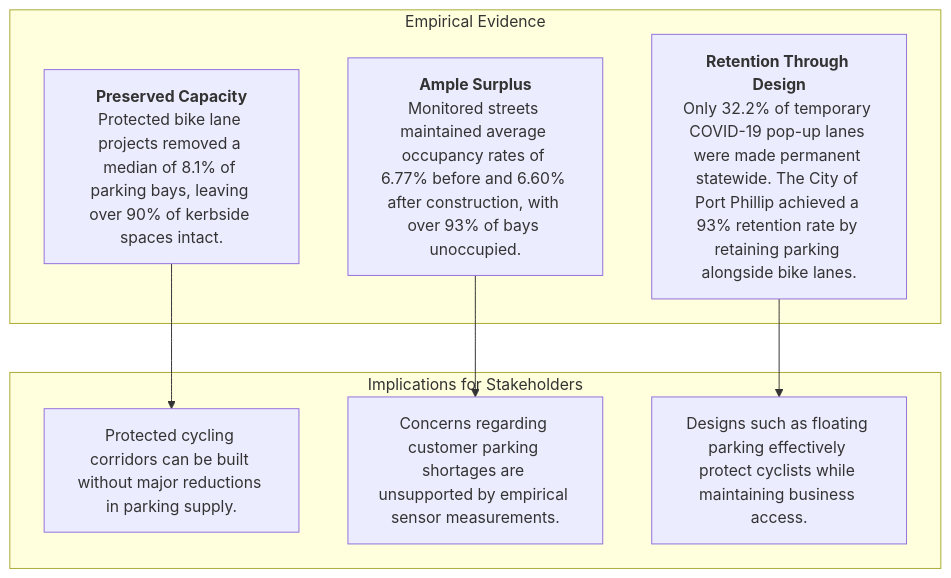
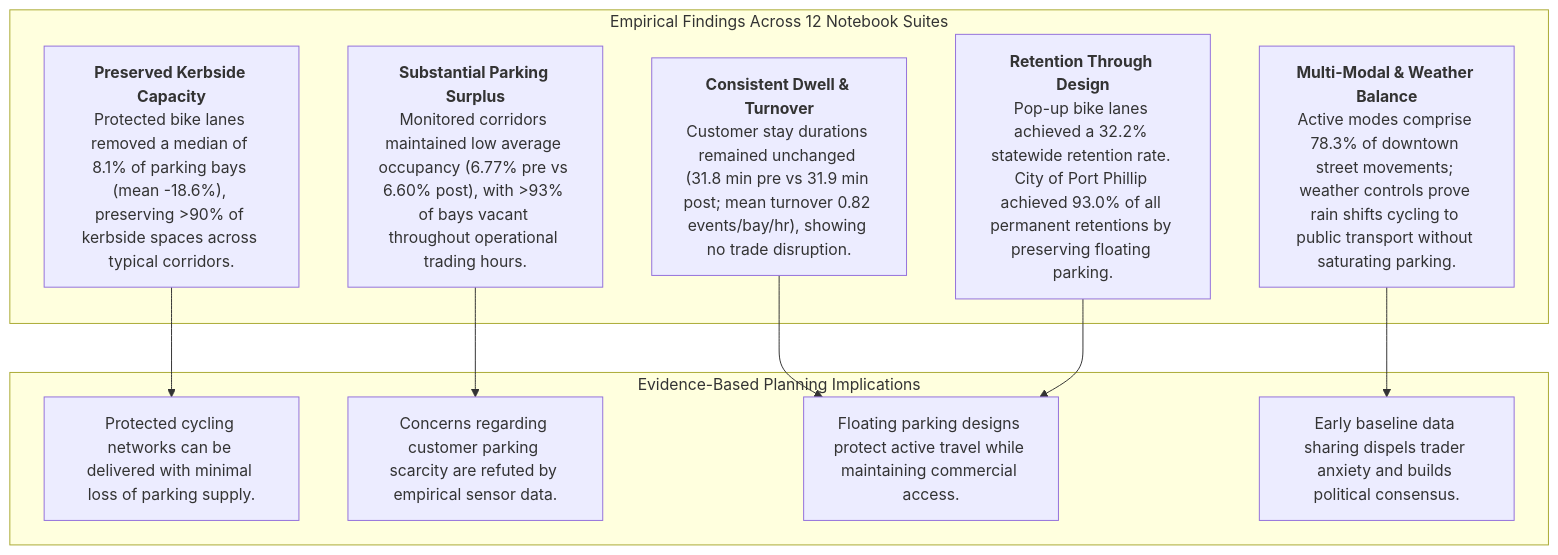
The first of 9 diagrams in team_b/PARKING_UTILISATION_INSIGHTS.md (rooien/urban-analysis), drawn with Mermaid before and after one commit. The commit also changed other lines of this file and 8 other files, not shown here.

````diff
--- a/team_b/PARKING_UTILISATION_INSIGHTS.md
+++ b/team_b/PARKING_UTILISATION_INSIGHTS.md
@@ -30,18 +32,23 @@
 ```mermaid
 flowchart TD
-    subgraph Findings ["Empirical Evidence"]
-        F1["<b>Preserved Capacity</b><br/>Protected bike lane projects removed a median of 8.1% of parking bays, leaving over 90% of kerbside spaces intact."]
-        F2["<b>Ample Surplus</b><br/>Monitored streets maintained average occupancy rates of 6.77% before and 6.60% after construction, with over 93% of bays unoccupied."]
-        F3["<b>Retention Through Design</b><br/>Only 32.2% of temporary COVID-19 pop-up lanes were made permanent statewide. The City of Port Phillip achieved a 93% retention rate by retaining parking alongside bike lanes."]
+    subgraph Findings ["Empirical Findings Across 12 Notebook Suites"]
+        F1["<b>Preserved Kerbside Capacity</b><br/>Protected bike lanes removed a median of 8.1% of parking bays (mean -18.6%), preserving >90% of kerbside spaces across typical corridors."]
+        F2["<b>Substantial Parking Surplus</b><br/>Monitored corridors maintained low average occupancy (6.77% pre vs 6.60% post), with >93% of bays vacant throughout operational trading hours."]
+        F3["<b>Consistent Dwell & Turnover</b><br/>Customer stay durations remained unchanged (31.8 min pre vs 31.9 min post; mean turnover 0.82 events/bay/hr), showing no trade disruption."]
+        F4["<b>Retention Through Design</b><br/>Pop-up bike lanes achieved a 32.2% statewide retention rate. City of Port Phillip achieved 93.0% of all permanent retentions by preserving floating parking."]
+        F5["<b>Multi-Modal & Weather Balance</b><br/>Active modes comprise 78.3% of downtown street movements; weather controls prove rain shifts cycling to public transport without saturating parking."]
     end
 
-    subgraph Implications ["Implications for Stakeholders"]
-        B1["Protected cycling corridors can be built without major reductions in parking supply."]
-        B2["Concerns regarding customer parking shortages are unsupported by empirical sensor measurements."]
-        B3["Designs such as floating parking effectively protect cyclists while maintaining business access."]
+    subgraph Implications ["Evidence-Based Planning Implications"]
+        B1["Protected cycling networks can be delivered with minimal loss of parking supply."]
+        B2["Concerns regarding customer parking scarcity are refuted by empirical sensor data."]
+        B3["Floating parking designs protect active travel while maintaining commercial access."]
+        B4["Early baseline data sharing dispels trader anxiety and builds political consensus."]
     end
 
     F1 --> B1
     F2 --> B2
     F3 --> B3
+    F4 --> B3
+    F5 --> B4
 ```
````
